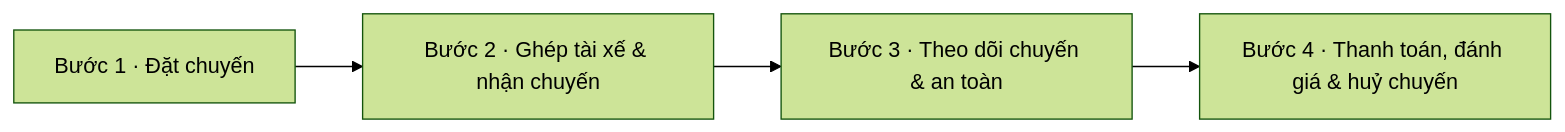
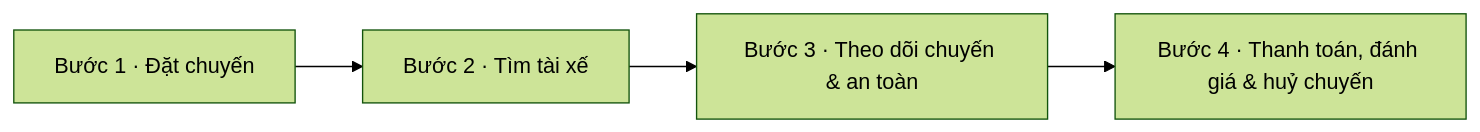
One commit to uxfoundation-vn/de05-dat-xe-cho-khach changed the first of 5 diagrams in docs/PRD.md. Above: the diagram before and after it, drawn with Mermaid (forest theme). The commit also changed other lines of this file and 2 other files, not shown here.

````diff
--- a/docs/PRD.md
+++ b/docs/PRD.md
@@ -243,10 +232,10 @@
 ```mermaid
 flowchart LR
   L1["Bước 1 · Đặt chuyến"]
-  L2["Bước 2 · Ghép tài xế & nhận chuyến"]
+  L2["Bước 2 · Tìm tài xế"]
   L3["Bước 3 · Theo dõi chuyến & an toàn"]
   L4["Bước 4 · Thanh toán, đánh giá & huỷ chuyến"]
   L1 --> L2
   L2 --> L3
   L3 --> L4
 ```
````
